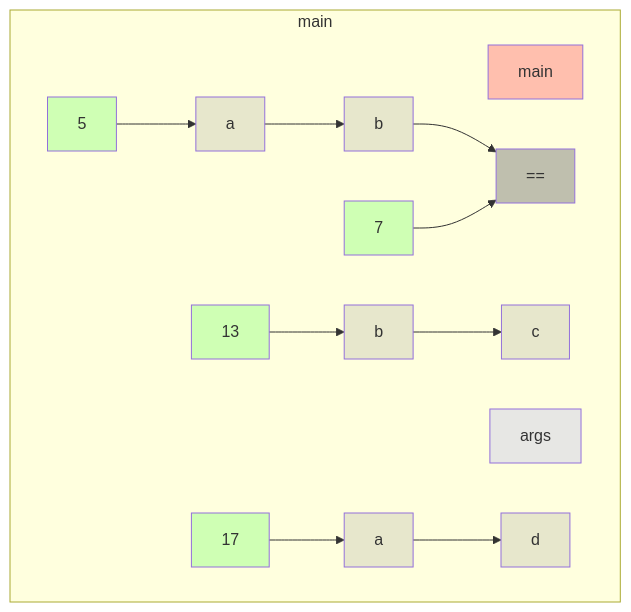
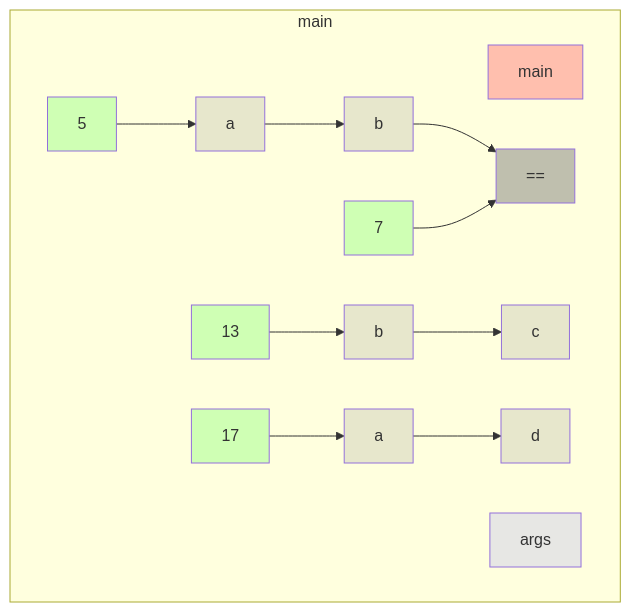
The diagram in app/src/test/resources/if1/truth.md (gstiebler/codeflow), drawn with Mermaid before and after one commit. The commit also changed 22 other files, not shown here.

````diff
--- a/app/src/test/resources/if1/truth.md
+++ b/app/src/test/resources/if1/truth.md
@@ -1,32 +1,32 @@
 ```mermaid
 flowchart TD
-  subgraph 4309014["main"]
-    -397614065[d]:::VARIABLE
-    12485[a]:::VARIABLE
-    12502[b]:::VARIABLE
-    56853577[main]:::RETURN
-    1649928516[a]:::VARIABLE
-    1649929821[5]:::LITERAL
-    1649934307[b]:::VARIABLE
-    1649962372[7]:::LITERAL
-    1649992849[==]:::BIN_OP
-    1650014294[13]:::LITERAL
-    1650046038[17]:::LITERAL
-    1650048582[c]:::VARIABLE
-    1700884858[args]:::FUNC_PARAM
-    12485[a]:::VARIABLE --> -397614065[d]:::VARIABLE
-    12502[b]:::VARIABLE --> 1650048582[c]:::VARIABLE
-    1649928516[a]:::VARIABLE --> 1649934307[b]:::VARIABLE
-    1649929821[5]:::LITERAL --> 1649928516[a]:::VARIABLE
-    1649934307[b]:::VARIABLE --> 1649992849[==]:::BIN_OP
-    1649962372[7]:::LITERAL --> 1649992849[==]:::BIN_OP
-    1650014294[13]:::LITERAL --> 12502[b]:::VARIABLE
-    1650046038[17]:::LITERAL --> 12485[a]:::VARIABLE
+  subgraph b0["main"]
+    n1[main]:::RETURN
+    n2[args]:::FUNC_PARAM
+    n3[a]:::VARIABLE
+    n4[5]:::LITERAL
+    n5[b]:::VARIABLE
+    n6[7]:::LITERAL
+    n7[==]:::BIN_OP
+    n8[b]:::VARIABLE
+    n9[13]:::LITERAL
+    n10[a]:::VARIABLE
+    n11[17]:::LITERAL
+    n12[c]:::VARIABLE
+    n13[d]:::VARIABLE
+    n3[a]:::VARIABLE --> n5[b]:::VARIABLE
+    n4[5]:::LITERAL --> n3[a]:::VARIABLE
+    n5[b]:::VARIABLE --> n7[==]:::BIN_OP
+    n6[7]:::LITERAL --> n7[==]:::BIN_OP
+    n8[b]:::VARIABLE --> n12[c]:::VARIABLE
+    n9[13]:::LITERAL --> n8[b]:::VARIABLE
+    n10[a]:::VARIABLE --> n13[d]:::VARIABLE
+    n11[17]:::LITERAL --> n10[a]:::VARIABLE
   end
   classDef LITERAL fill:#00FF0030
   classDef VARIABLE fill:#80808030
   classDef BIN_OP fill:#80808080
   classDef FUNC_PARAM fill:#8080FF30
   classDef RETURN fill:#FF808080
   classDef EXTERNAL fill:#FFA50040
 ```
````
